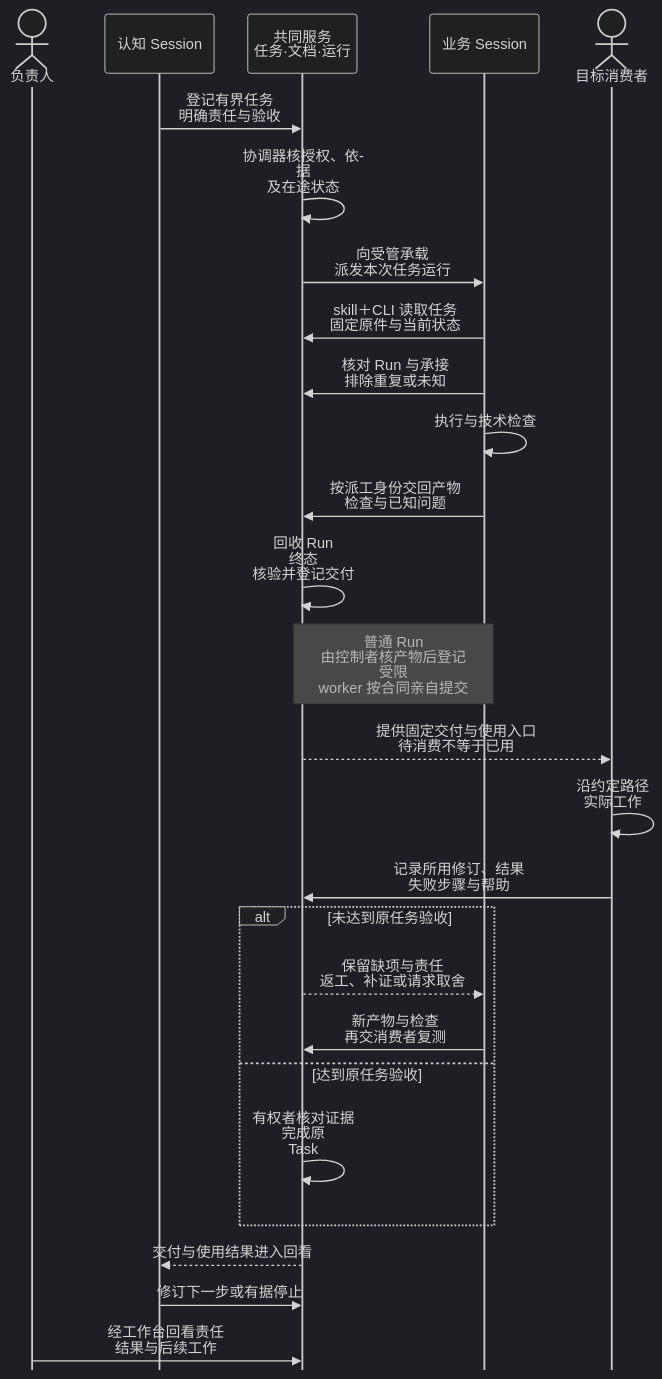
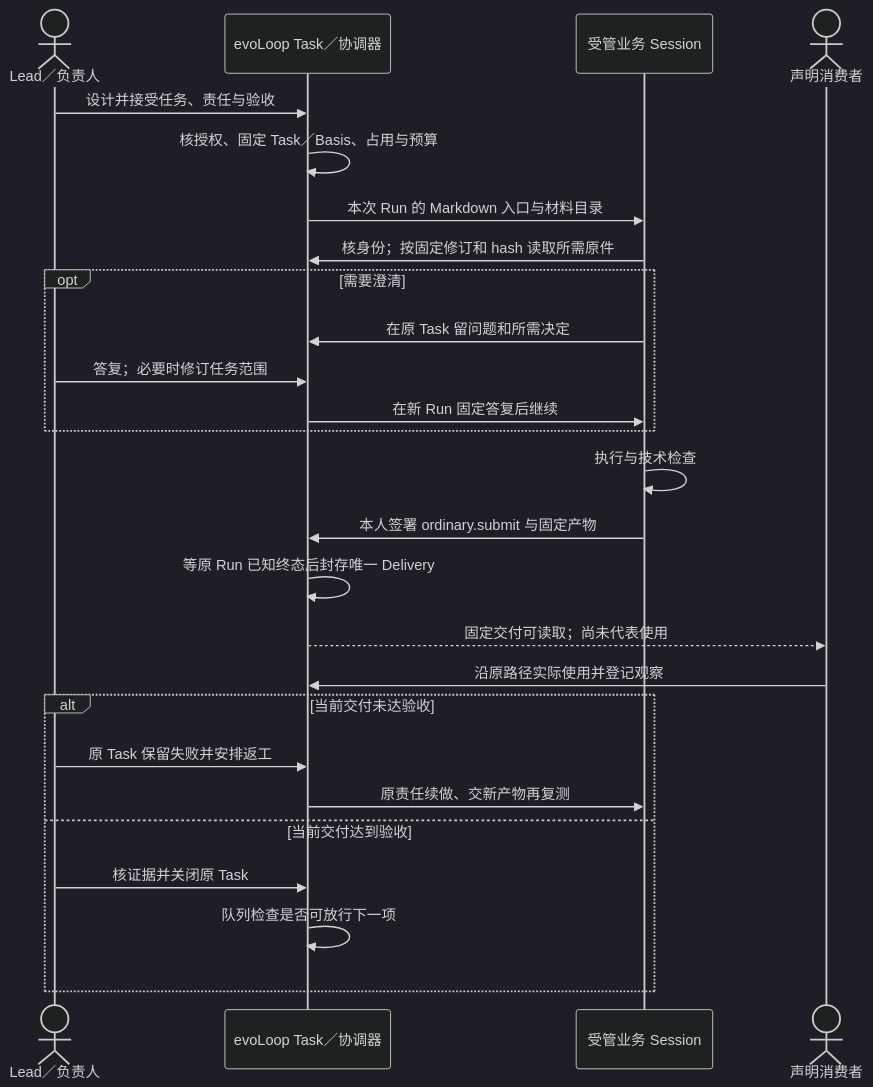
One commit to cyl19970726/evoLoop changed the second of 3 diagrams in docs/product/functional-scenarios.md. Above: the diagram before and after it, drawn with Mermaid (dark theme). The commit also changed other lines of this file and 15 other files, not shown here.

Commit message:
docs: consolidate product architecture and development guidance

````diff
--- a/docs/product/functional-scenarios.md
+++ b/docs/product/functional-scenarios.md
@@ -118,30 +118,28 @@
 ```mermaid
-%%{init: {"sequence":{"mirrorActors":false,"actorMargin":20,"messageMargin":25,"width":120,"wrap":true}}}%%
 sequenceDiagram
-  actor H as 负责人
-  participant C as 认知 Session
-  participant P as 共同服务<br/>任务·文档·运行
-  participant B as 业务 Session
-  actor U as 目标消费者
-  C->>P: 登记有界任务<br/>明确责任与验收
-  P->>P: 协调器核授权、依据<br/>及在途状态
-  P->>B: 向受管承载<br/>派发本次任务运行
-  B->>P: skill＋CLI 读取任务<br/>固定原件与当前状态
-  B->>P: 核对 Run 与承接<br/>排除重复或未知
+  actor H as Lead／负责人
+  participant P as evoLoop Task／协调器
+  participant B as 受管业务 Session
+  actor U as 声明消费者
+  H->>P: 设计并接受任务、责任与验收
+  P->>P: 核授权、固定 Task／Basis、占用与预算
+  P->>B: 本次 Run 的 Markdown 入口与材料目录
+  B->>P: 核身份；按固定修订和 hash 读取所需原件
+  opt 需要澄清
+    B->>P: 在原 Task 留问题和所需决定
+    H->>P: 答复；必要时修订任务范围
+    P->>B: 在新 Run 固定答复后继续
+  end
   B->>B: 执行与技术检查
-  B->>P: 按派工身份交回产物<br/>检查与已知问题
-  P->>P: 回收 Run 终态<br/>核验并登记交付
-  Note over P,B: 普通 Run 由控制者核产物后登记<br/>受限 worker 按合同亲自提交
-  P-->>U: 提供固定交付与使用入口<br/>待消费不等于已用
-  U->>U: 沿约定路径<br/>实际工作
-  U->>P: 记录所用修订、结果<br/>失败步骤与帮助
-  alt 未达到原任务验收
-    P-->>B: 保留缺项与责任<br/>返工、补证或请求取舍
-    B->>P: 新产物与检查<br/>再交消费者复测
-  else 达到原任务验收
-    P->>P: 有权者核对证据<br/>完成原 Task
+  B->>P: 本人签署 ordinary.submit 与固定产物
+  P->>P: 等原 Run 已知终态后封存唯一 Delivery
+  P-->>U: 固定交付可读取；尚未代表使用
+  U->>P: 沿原路径实际使用并登记观察
+  alt 当前交付未达验收
+    H->>P: 原 Task 保留失败并安排返工
+    P->>B: 原责任续做、交新产物再复测
+  else 当前交付达到验收
+    H->>P: 核证据并关闭原 Task
+    P->>P: 队列检查是否可放行下一项
   end
-  P-->>C: 交付与使用结果进入回看
-  C->>P: 修订下一步或有据停止
-  H->>P: 经工作台回看责任<br/>结果与后续工作
 ```
````
